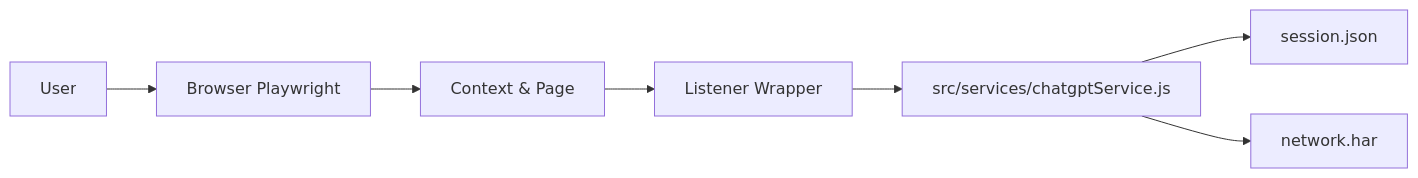
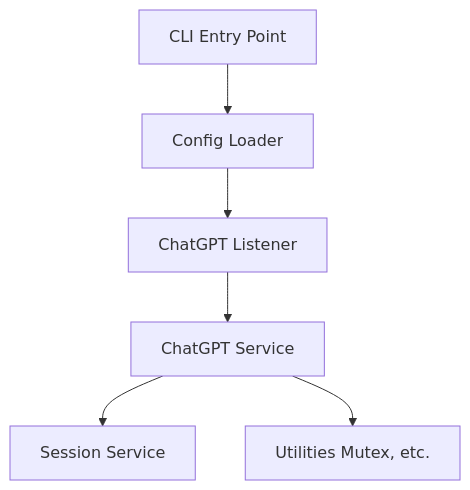
The first of 2 diagrams in README.md (antoine-marchal/YA-CGPT-UAPI), drawn with Mermaid before and after one commit. The commit also changed other lines of this file, not shown here.

````diff
--- a/README.md
+++ b/README.md
@@ -149,9 +54,8 @@
 ```mermaid
-flowchart LR
-  User --> Browser[Browser Playwright]
-  Browser --> Context[Context & Page]
-  Context --> Listener[Listener Wrapper]
-  Listener --> ChatGPTService[src/services/chatgptService.js]
-  ChatGPTService --> SessionFile[session.json]
-  ChatGPTService --> HARFile[network.har]
+flowchart TD
+    A[CLI Entry Point] --> B[Config Loader]
+    B --> C[ChatGPT Listener]
+    C --> D[ChatGPT Service]
+    D --> E[Session Service]
+    D --> F[Utilities Mutex, etc.]
 ```
````
